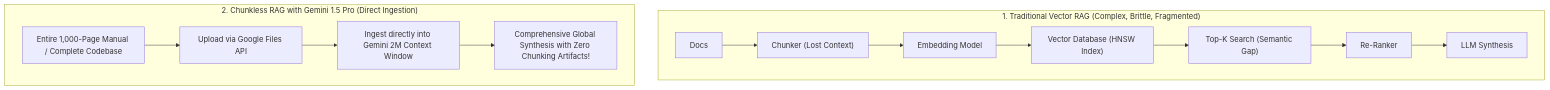
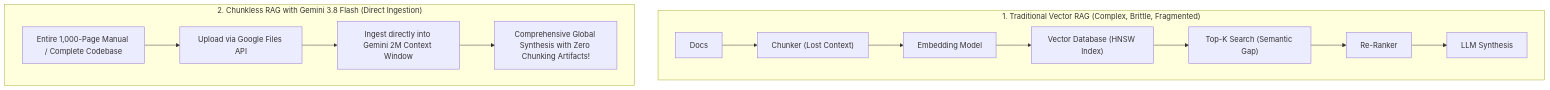
One commit to TheLearningHubOrg/learn-gemini changed the sixth of 17 diagrams in README.md. Above: the diagram before and after it, drawn with Mermaid. The commit also changed other lines of this file, not shown here.

Commit message:
Update README to Gemini 3.x models and current SDK guidance

````diff
--- a/README.md
+++ b/README.md
@@ -261,17 +266,17 @@
 ```mermaid
 flowchart TD
     subgraph TraditionalRAG["1. Traditional Vector RAG (Complex, Brittle, Fragmented)"]
         T1["Docs"] --> T2["Chunker (Lost Context)"]
         T2 --> T3["Embedding Model"]
         T3 --> T4["Vector Database (HNSW Index)"]
         T4 --> T5["Top-K Search (Semantic Gap)"]
         T5 --> T6["Re-Ranker"]
         T6 --> T7["LLM Synthesis"]
     end
 
-    subgraph ChunklessRAG["2. Chunkless RAG with Gemini 1.5 Pro (Direct Ingestion)"]
+    subgraph ChunklessRAG["2. Chunkless RAG with Gemini 3.8 Flash (Direct Ingestion)"]
         C_Docs["Entire 1,000-Page Manual / Complete Codebase"] --> FilesAPI["Upload via Google Files API"]
         FilesAPI --> Gemini2M["Ingest directly into Gemini 2M Context Window"]
         Gemini2M --> DirectAns["Comprehensive Global Synthesis with Zero Chunking Artifacts!"]
     end
 ```
````
